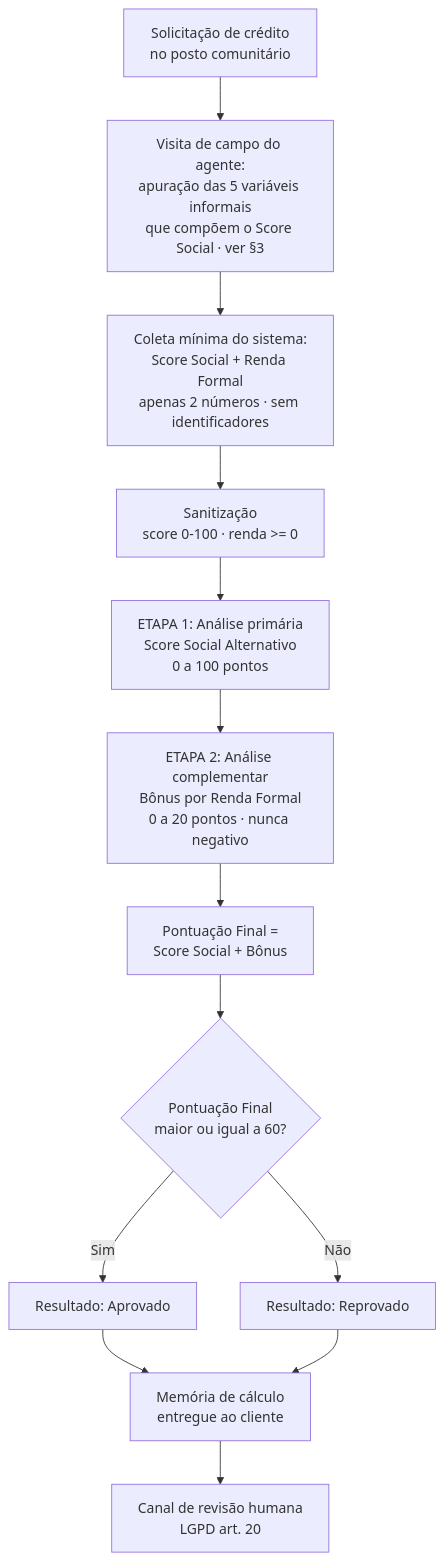
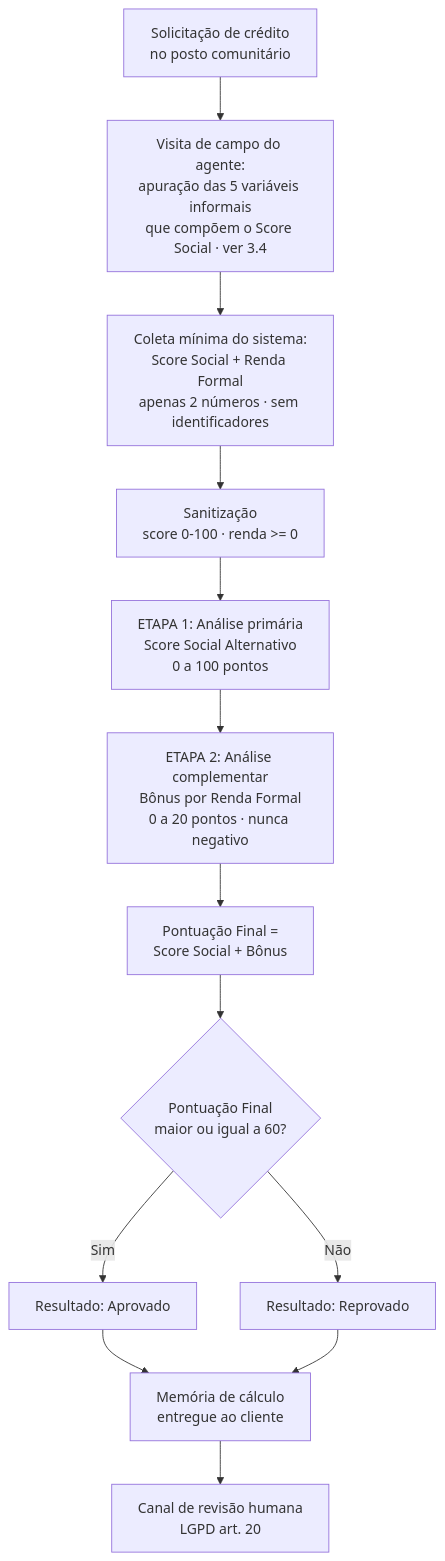
The diagram in README.md (matheusbwv/desafio-w1-microcredito-Celula-5), drawn with Mermaid before and after one commit. The commit also changed other lines of this file and 1 other file, not shown here.

````diff
--- a/README.md
+++ b/README.md
@@ -35,15 +146,15 @@
 ```mermaid
 flowchart TD
-    A[Solicitação de crédito<br/>no posto comunitário] --> A2[Visita de campo do agente:<br/>apuração das 5 variáveis informais<br/>que compõem o Score Social · ver §3]
+    A[Solicitação de crédito<br/>no posto comunitário] --> A2[Visita de campo do agente:<br/>apuração das 5 variáveis informais<br/>que compõem o Score Social · ver 3.4]
     A2 --> B[Coleta mínima do sistema:<br/>Score Social + Renda Formal<br/>apenas 2 números · sem identificadores]
     B --> C[Sanitização<br/>score 0-100 · renda >= 0]
     C --> D[ETAPA 1: Análise primária<br/>Score Social Alternativo<br/>0 a 100 pontos]
     D --> E[ETAPA 2: Análise complementar<br/>Bônus por Renda Formal<br/>0 a 20 pontos · nunca negativo]
     E --> F[Pontuação Final =<br/>Score Social + Bônus]
     F --> G{Pontuação Final<br/>maior ou igual a 60?}
     G -->|Sim| H[Resultado: Aprovado]
     G -->|Não| I[Resultado: Reprovado]
     H --> K[Memória de cálculo<br/>entregue ao cliente]
     I --> K
     K --> L[Canal de revisão humana<br/>LGPD art. 20]
 ```
````
